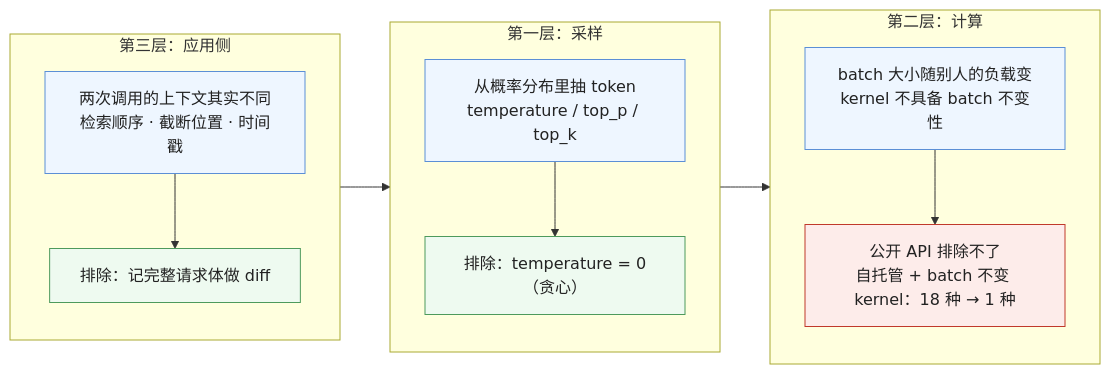
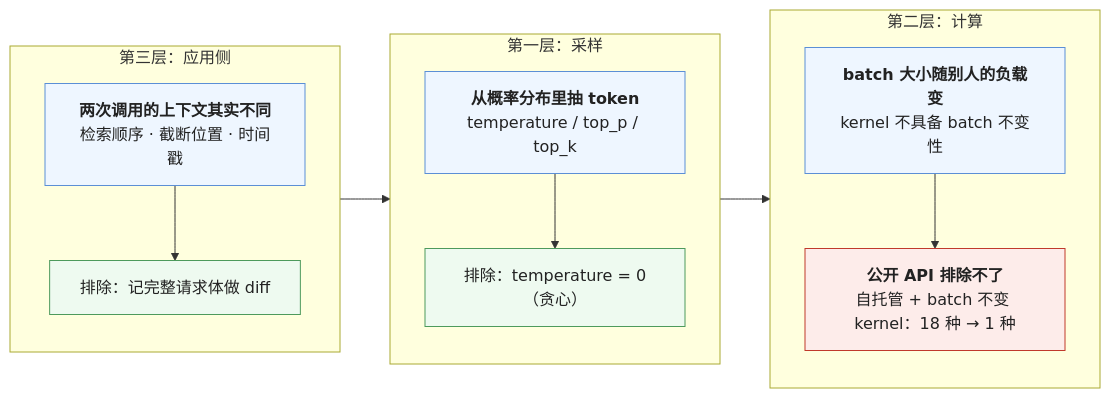
One commit to arganzheng/arganzheng.github.com changed the second of 8 diagrams in _posts/2026-09-29-llm-failure-modes-nondeterminism-hallucination-and-context.md. Above: the diagram before and after it, drawn with Mermaid. The commit also changed other lines of this file and 6 other files, not shown here.

First line of the commit message:
模型作为组件：契约、失效模式与选型：Mermaid 多行方框的首行标为标题（7 篇）

````diff
--- a/_posts/2026-09-29-llm-failure-modes-nondeterminism-hallucination-and-context.md
+++ b/_posts/2026-09-29-llm-failure-modes-nondeterminism-hallucination-and-context.md
@@ -84,23 +84,23 @@
 ```mermaid
 %% 图：非确定性的三层来源与各自的排除办法——应用侧的上下文差异用 trace diff 排除，采样随机用 temperature = 0 关掉，batch 不变性缺失只能自托管解决
 flowchart LR
     subgraph L3["第三层：应用侧"]
         direction TB
-        A1["两次调用的上下文其实不同<br/>检索顺序 · 截断位置 · 时间戳"] --> A2["排除：记完整请求体做 diff"]
+        A1["<b>两次调用的上下文其实不同</b><br/>检索顺序 · 截断位置 · 时间戳"] --> A2["排除：记完整请求体做 diff"]
     end
     subgraph L1["第一层：采样"]
         direction TB
-        B1["从概率分布里抽 token<br/>temperature / top_p / top_k"] --> B2["排除：temperature = 0（贪心）"]
+        B1["<b>从概率分布里抽 token</b><br/>temperature / top_p / top_k"] --> B2["排除：temperature = 0（贪心）"]
     end
     subgraph L2["第二层：计算"]
         direction TB
-        C1["batch 大小随别人的负载变<br/>kernel 不具备 batch 不变性"] --> C2["公开 API 排除不了<br/>自托管 + batch 不变 kernel：18 种 → 1 种"]
+        C1["<b>batch 大小随别人的负载变</b><br/>kernel 不具备 batch 不变性"] --> C2["<b>公开 API 排除不了</b><br/>自托管 + batch 不变 kernel：18 种 → 1 种"]
     end
     L3 --> L1 --> L2
     classDef app fill:#eef6ff,stroke:#5b8fd6,color:#222
     classDef ok fill:#eefaf0,stroke:#4d9a5c,color:#222
     classDef bad fill:#fdecea,stroke:#c0392b,color:#222
     class A1,B1,C1 app
     class A2,B2 ok
     class C2 bad
 ```
````
